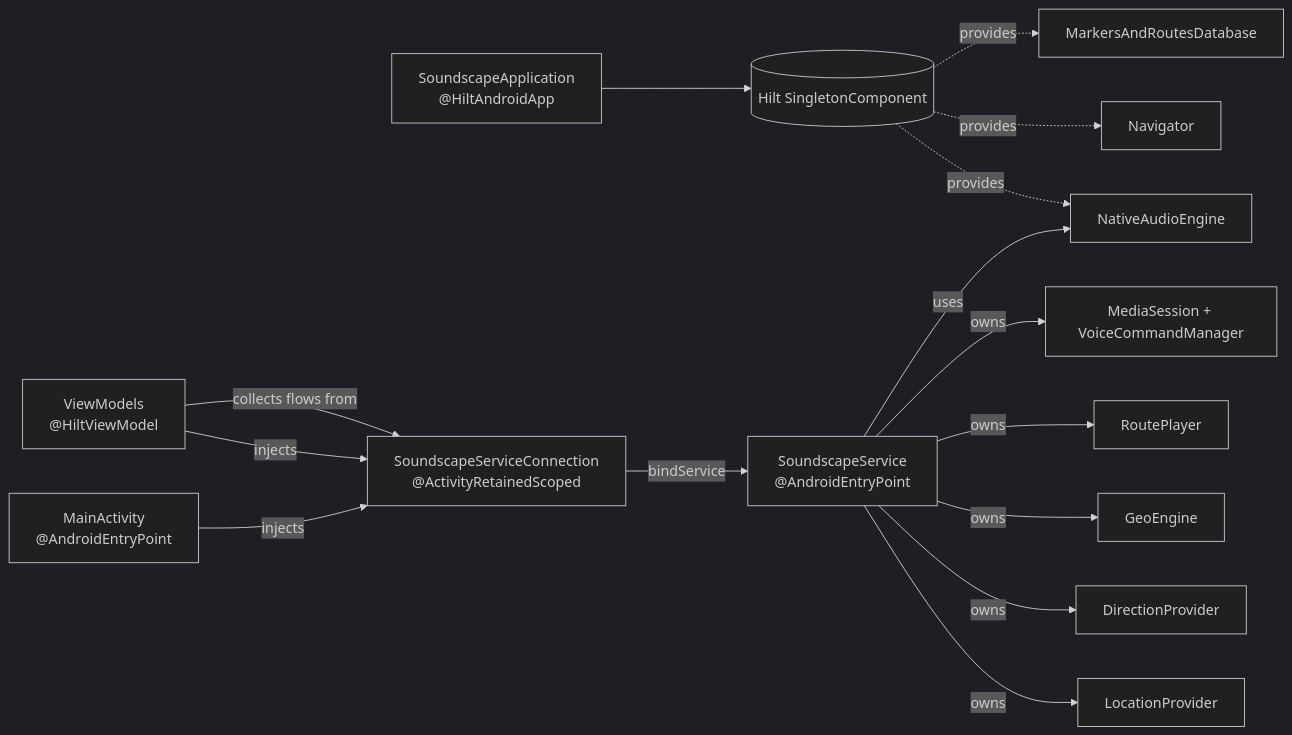
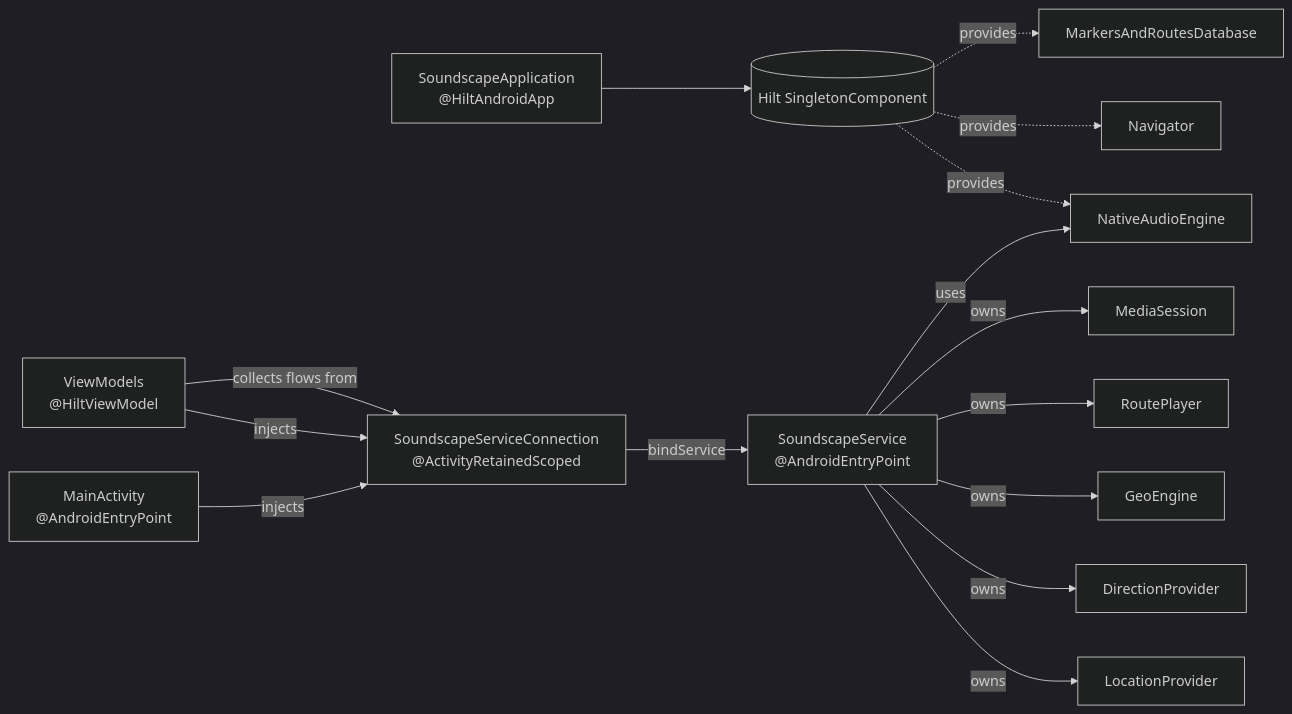
The diagram in docs/developers/service-architecture.md (Scottish-Tech-Army/Soundscape-Android), drawn with Mermaid (dark theme) before and after one commit. The commit also changed other lines of this file and 31 other files, not shown here.

````diff
--- a/docs/developers/service-architecture.md
+++ b/docs/developers/service-architecture.md
@@ -110,20 +107,20 @@
 ```mermaid
 flowchart LR
     App["SoundscapeApplication<br/>@HiltAndroidApp"] --> Hilt[("Hilt SingletonComponent")]
     Hilt -. provides .-> NAE["NativeAudioEngine"]
     Hilt -. provides .-> Nav["Navigator"]
     Hilt -. provides .-> DB["MarkersAndRoutesDatabase"]
 
     MA["MainActivity<br/>@AndroidEntryPoint"] -->|injects| SC["SoundscapeServiceConnection<br/>@ActivityRetainedScoped"]
     SC -->|bindService| SS["SoundscapeService<br/>@AndroidEntryPoint"]
 
     SS -->|owns| LP["LocationProvider"]
     SS -->|owns| DP["DirectionProvider"]
     SS -->|owns| GE["GeoEngine"]
     SS -->|owns| RP["RoutePlayer"]
-    SS -->|owns| MC["MediaSession + VoiceCommandManager"]
+    SS -->|owns| MC["MediaSession"]
     SS -->|uses| NAE
 
     VM["ViewModels<br/>@HiltViewModel"] -->|injects| SC
     VM -->|collects flows from| SC
 ```
````
